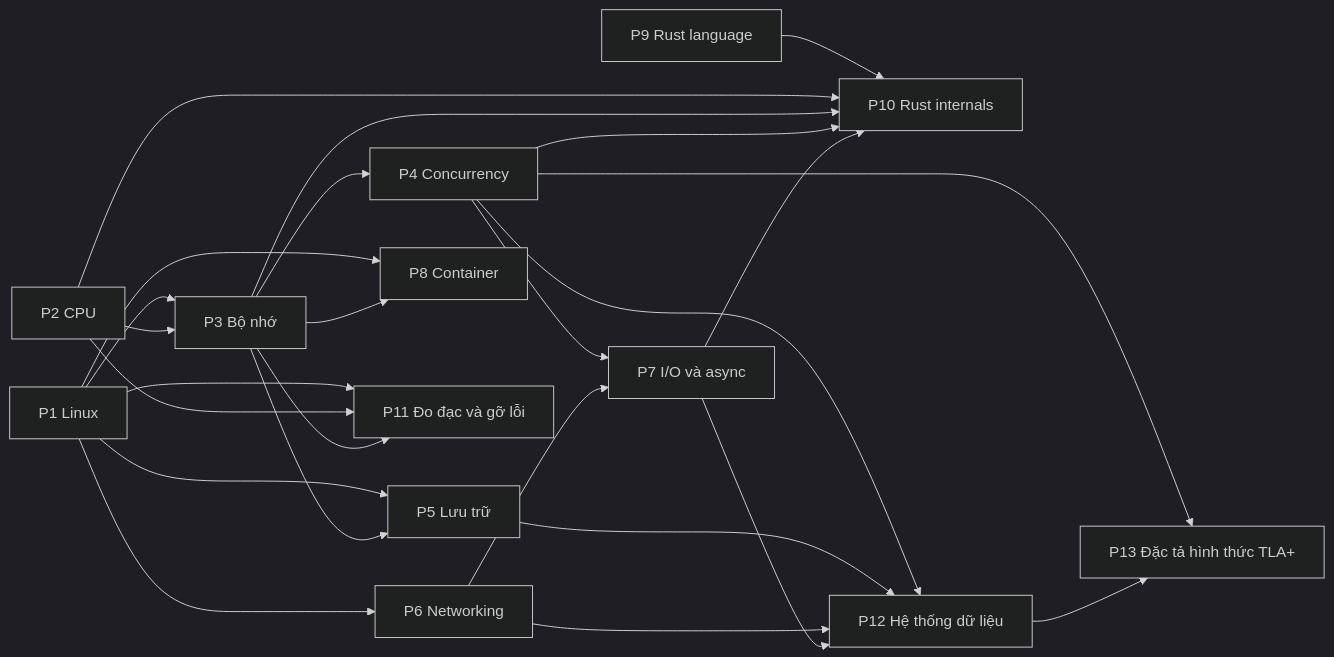
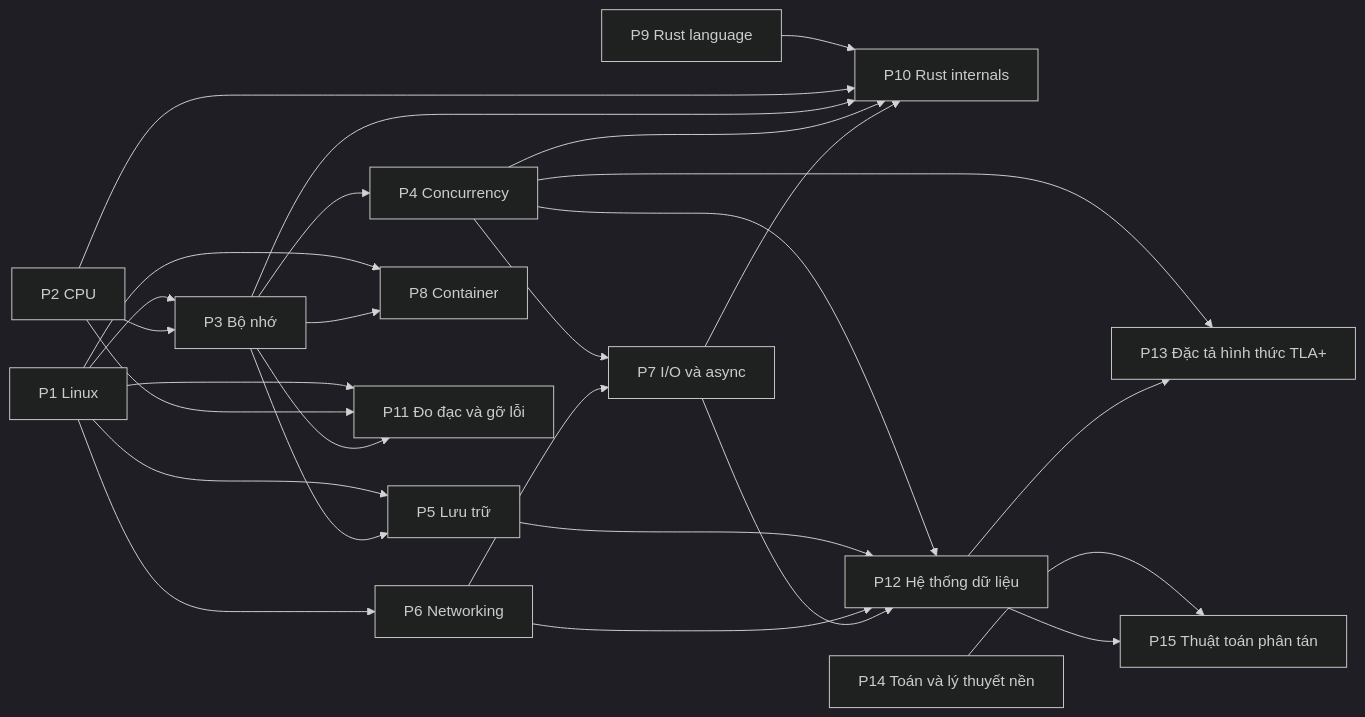
The diagram in docs/00-roadmap.md (pirumu/irust), drawn with Mermaid (dark theme) before and after one commit. The commit also changed other lines of this file and 23 other files, not shown here.

Commit message:
Thêm P14 (toán và lý thuyết nền, 6 chương), P15 (thuật toán phân tán, 10 chương), mục 9b P13·02; bật MathJax

````diff
--- a/docs/00-roadmap.md
+++ b/docs/00-roadmap.md
@@ -35,27 +35,29 @@
 ```mermaid
 flowchart LR
   P1[P1 Linux] --> P3[P3 Bộ nhớ]
   P2[P2 CPU] --> P3
   P3 --> P4[P4 Concurrency]
   P1 --> P5[P5 Lưu trữ]
   P3 --> P5
   P1 --> P6[P6 Networking]
   P4 --> P7[P7 I/O và async]
   P6 --> P7
   P1 --> P8[P8 Container]
   P3 --> P8
   P9[P9 Rust language] --> P10[P10 Rust internals]
   P2 --> P10
   P3 --> P10
   P4 --> P10
   P7 --> P10
   P1 --> P11[P11 Đo đạc và gỡ lỗi]
   P2 --> P11
   P3 --> P11
   P4 --> P12[P12 Hệ thống dữ liệu]
   P5 --> P12
   P6 --> P12
   P7 --> P12
   P4 --> P13[P13 Đặc tả hình thức TLA+]
   P12 --> P13
+  P14[P14 Toán và lý thuyết nền] --> P15[P15 Thuật toán phân tán]
+  P12 --> P15
 ```
````
